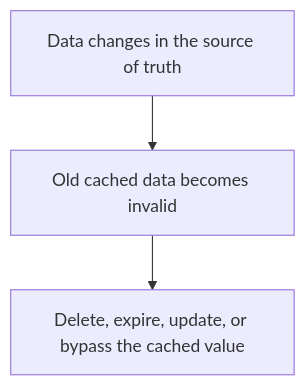
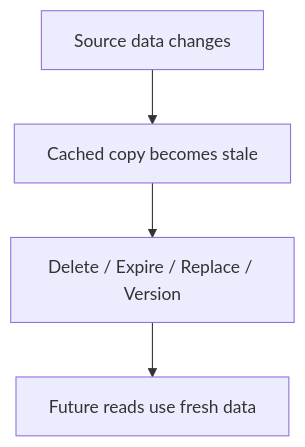
Before and after one commit to AvadhBhalodiya/Interview-Preparation: the second of 7 diagrams in src/content/caching/cache-invalidation.md, drawn with Mermaid. The commit also changed other lines of this file and 54 other files, not shown here.

````diff
--- a/src/content/caching/cache-invalidation.md
+++ b/src/content/caching/cache-invalidation.md
@@ -46,5 +53,6 @@
 ```mermaid
 flowchart TD
-    S[Data changes in the source of truth] --> I[Old cached data becomes invalid]
-    I --> A["Delete, expire, update, or bypass the cached value"]
+    A[Source data changes] --> B[Cached copy becomes stale]
+    B --> C[Delete / Expire / Replace / Version]
+    C --> D[Future reads use fresh data]
 ```
````
